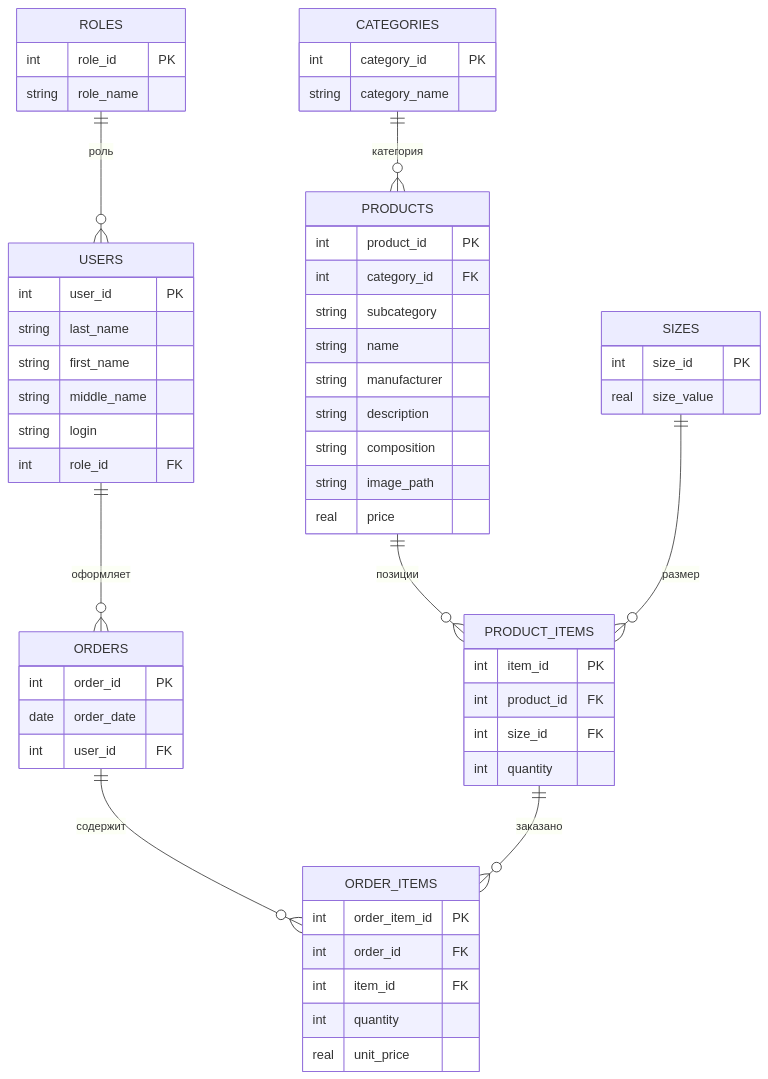
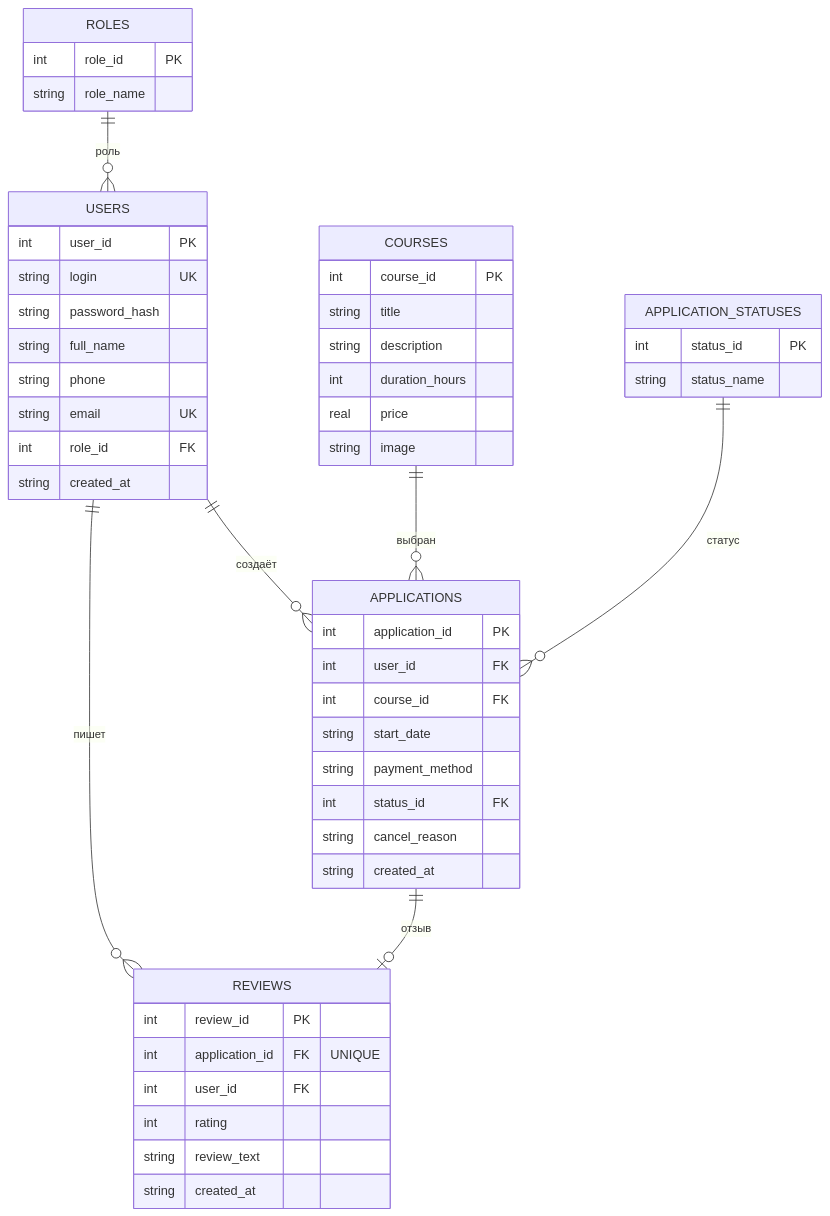
One commit to TR-Artem/demo-examen changed the diagram in materials/ER_диаграмма.md. Above: the diagram before and after it, drawn with Mermaid. The commit also changed other lines of this file and 112 other files, not shown here.

````diff
--- a/materials/ER_диаграмма.md
+++ b/materials/ER_диаграмма.md
@@ -7,60 +7,54 @@
 ```mermaid
 erDiagram
     ROLES ||--o{ USERS : "роль"
-    CATEGORIES ||--o{ PRODUCTS : "категория"
-    PRODUCTS ||--o{ PRODUCT_ITEMS : "позиции"
-    SIZES ||--o{ PRODUCT_ITEMS : "размер"
-    USERS ||--o{ ORDERS : "оформляет"
-    ORDERS ||--o{ ORDER_ITEMS : "содержит"
-    PRODUCT_ITEMS ||--o{ ORDER_ITEMS : "заказано"
+    USERS ||--o{ APPLICATIONS : "создаёт"
+    COURSES ||--o{ APPLICATIONS : "выбран"
+    APPLICATION_STATUSES ||--o{ APPLICATIONS : "статус"
+    APPLICATIONS ||--o| REVIEWS : "отзыв"
+    USERS ||--o{ REVIEWS : "пишет"
 
     ROLES {
         int role_id PK
         string role_name
     }
-    CATEGORIES {
-        int category_id PK
-        string category_name
-    }
-    SIZES {
-        int size_id PK
-        real size_value
-    }
     USERS {
         int user_id PK
-        string last_name
-        string first_name
-        string middle_name
-        string login
+        string login UK
+        string password_hash
+        string full_name
+        string phone
+        string email UK
         int role_id FK
+        string created_at
     }
-    PRODUCTS {
-        int product_id PK
-        int category_id FK
-        string subcategory
-        string name
-        string manufacturer
+    COURSES {
+        int course_id PK
+        string title
         string description
-        string composition
-        string image_path
+        int duration_hours
         real price
+        string image
     }
-    PRODUCT_ITEMS {
-        int item_id PK
-        int product_id FK
-        int size_id FK
-        int quantity
+    APPLICATION_STATUSES {
+        int status_id PK
+        string status_name
     }
-    ORDERS {
-        int order_id PK
-        date order_date
+    APPLICATIONS {
+        int application_id PK
         int user_id FK
+        int course_id FK
+        string start_date
+        string payment_method
+        int status_id FK
+        string cancel_reason
+        string created_at
     }
-    ORDER_ITEMS {
-        int order_item_id PK
-        int order_id FK
-        int item_id FK
-        int quantity
-        real unit_price
+    REVIEWS {
+        int review_id PK
+        int application_id FK "UNIQUE"
+        int user_id FK
+        int rating
+        string review_text
+        string created_at
     }
 ```
````
